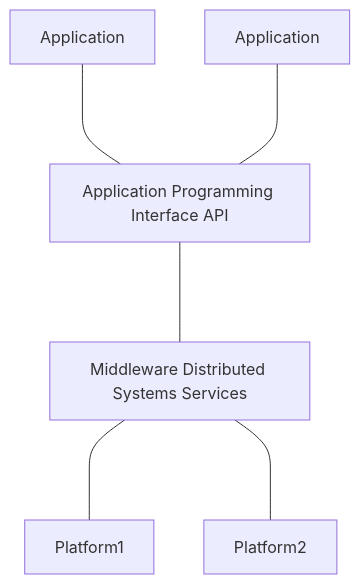
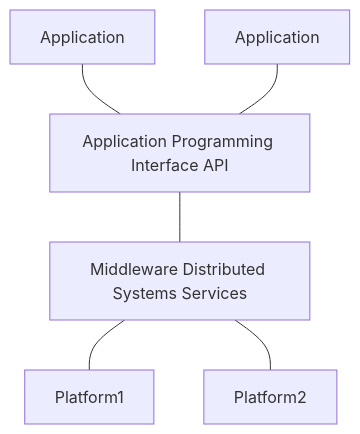
Before and after one commit to Akhilsudh/BITS-WILP-Knowledge-Base: the second of 2 diagrams in docs/Knowledge Base/All Semesters/Semester 1/Distributed Computing/Week1DC.md, drawn with Mermaid. The commit also changed other lines of this file, not shown here.

Commit message:
Corrected diagrams

````diff
--- a/docs/Knowledge Base/All Semesters/Semester 1/Distributed Computing/Week1DC.md
+++ b/docs/Knowledge Base/All Semesters/Semester 1/Distributed Computing/Week1DC.md
@@ -50,10 +50,10 @@
 ```mermaid
 graph TB
-A[Application]----G
-B[Application]----G
-G----H
-H----E[Platform1]
-H----F[Platform2]
+A[Application]---G
+B[Application]---G
+G---H
+H---E[Platform1]
+H---F[Platform2]
 G[Application Programming Interface API]
 H[Middleware Distributed Systems Services]
 ```
````
